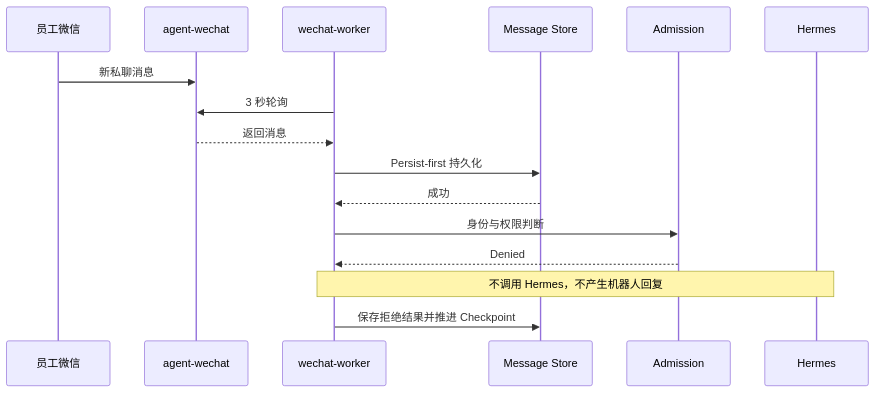
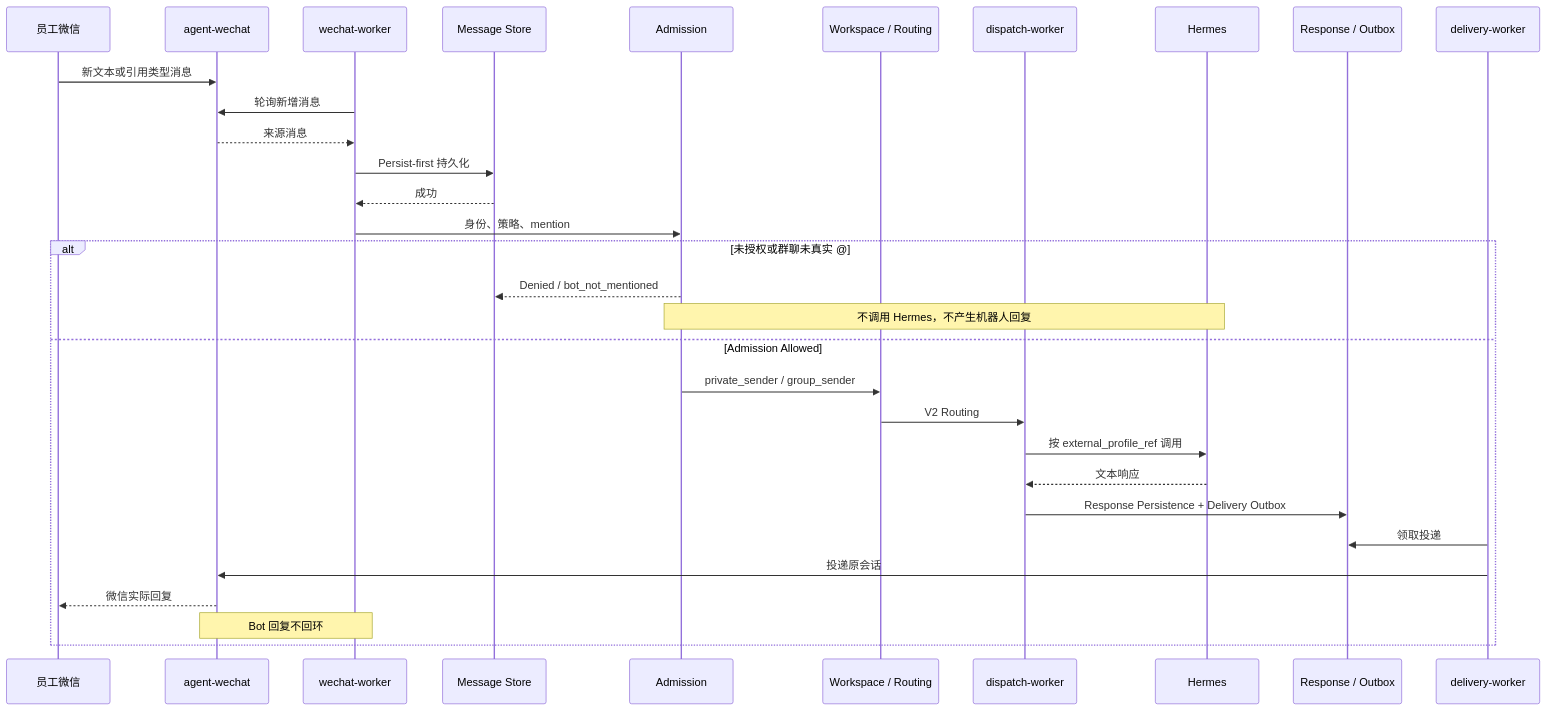
Before and after one commit to Tangbohu09527/CF_ecommerce-automation-docs: the first of 4 diagrams in architecture/message-flow.md, drawn with Mermaid. The commit also changed other lines of this file and 16 other files, not shown here.

Commit message:
docs: sync private group and media runtime status

````diff
--- a/architecture/message-flow.md
+++ b/architecture/message-flow.md
@@ -7,19 +7,34 @@
 ```mermaid
 sequenceDiagram
     participant E as 员工微信
     participant AW as agent-wechat
     participant WW as wechat-worker
     participant MS as Message Store
     participant AD as Admission
+    participant RT as Workspace / Routing
+    participant DW as dispatch-worker
     participant H as Hermes
+    participant DO as Response / Outbox
+    participant DL as delivery-worker
 
-    E->>AW: 新私聊消息
-    WW->>AW: 3 秒轮询
-    AW-->>WW: 返回消息
+    E->>AW: 新文本或引用类型消息
+    WW->>AW: 轮询新增消息
+    AW-->>WW: 来源消息
     WW->>MS: Persist-first 持久化
     MS-->>WW: 成功
-    WW->>AD: 身份与权限判断
-    AD-->>WW: Denied
-    Note over WW,H: 不调用 Hermes，不产生机器人回复
-    WW->>MS: 保存拒绝结果并推进 Checkpoint
+    WW->>AD: 身份、策略、mention
+    alt 未授权或群聊未真实 @
+        AD-->>MS: Denied / bot_not_mentioned
+        Note over AD,H: 不调用 Hermes，不产生机器人回复
+    else Admission Allowed
+        AD->>RT: private_sender / group_sender
+        RT->>DW: V2 Routing
+        DW->>H: 按 external_profile_ref 调用
+        H-->>DW: 文本响应
+        DW->>DO: Response Persistence + Delivery Outbox
+        DL->>DO: 领取投递
+        DL->>AW: 投递原会话
+        AW-->>E: 微信实际回复
+        Note over AW,WW: Bot 回复不回环
+    end
 ```
````
